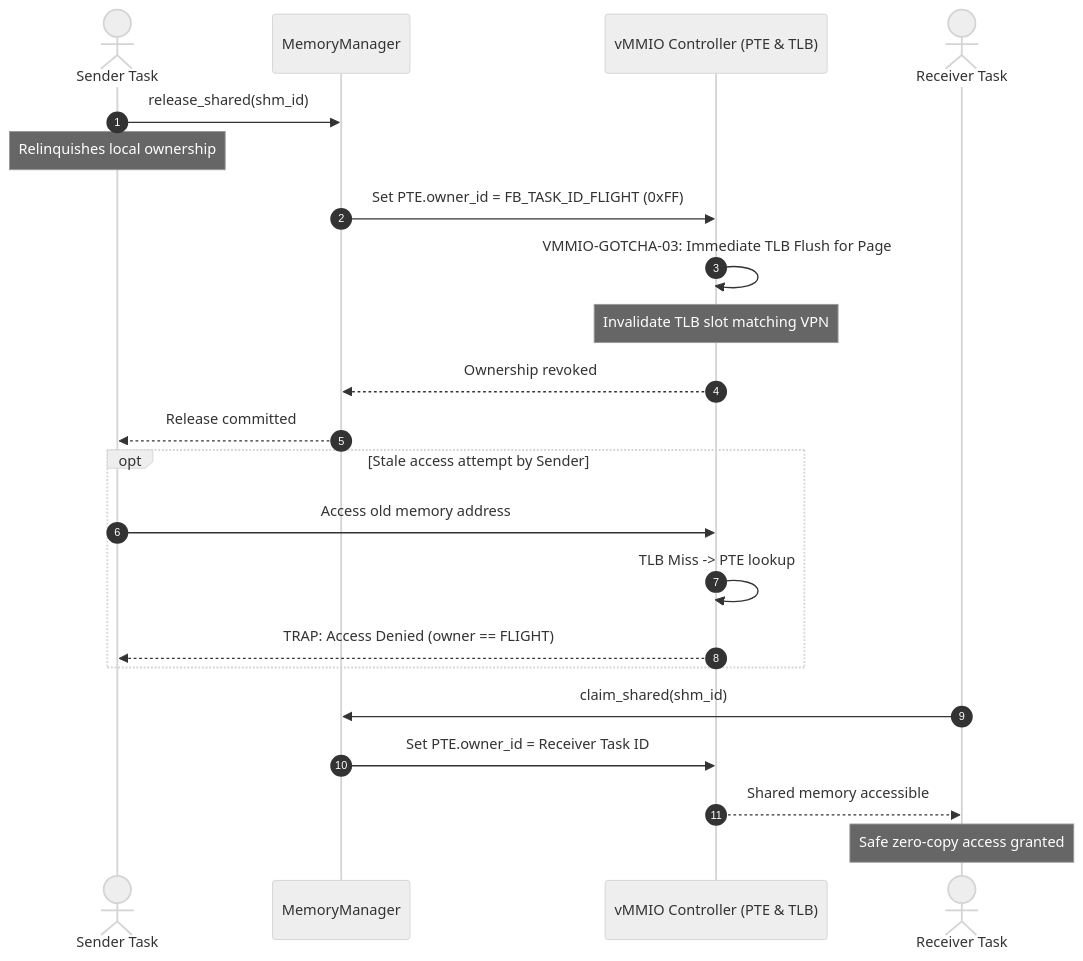
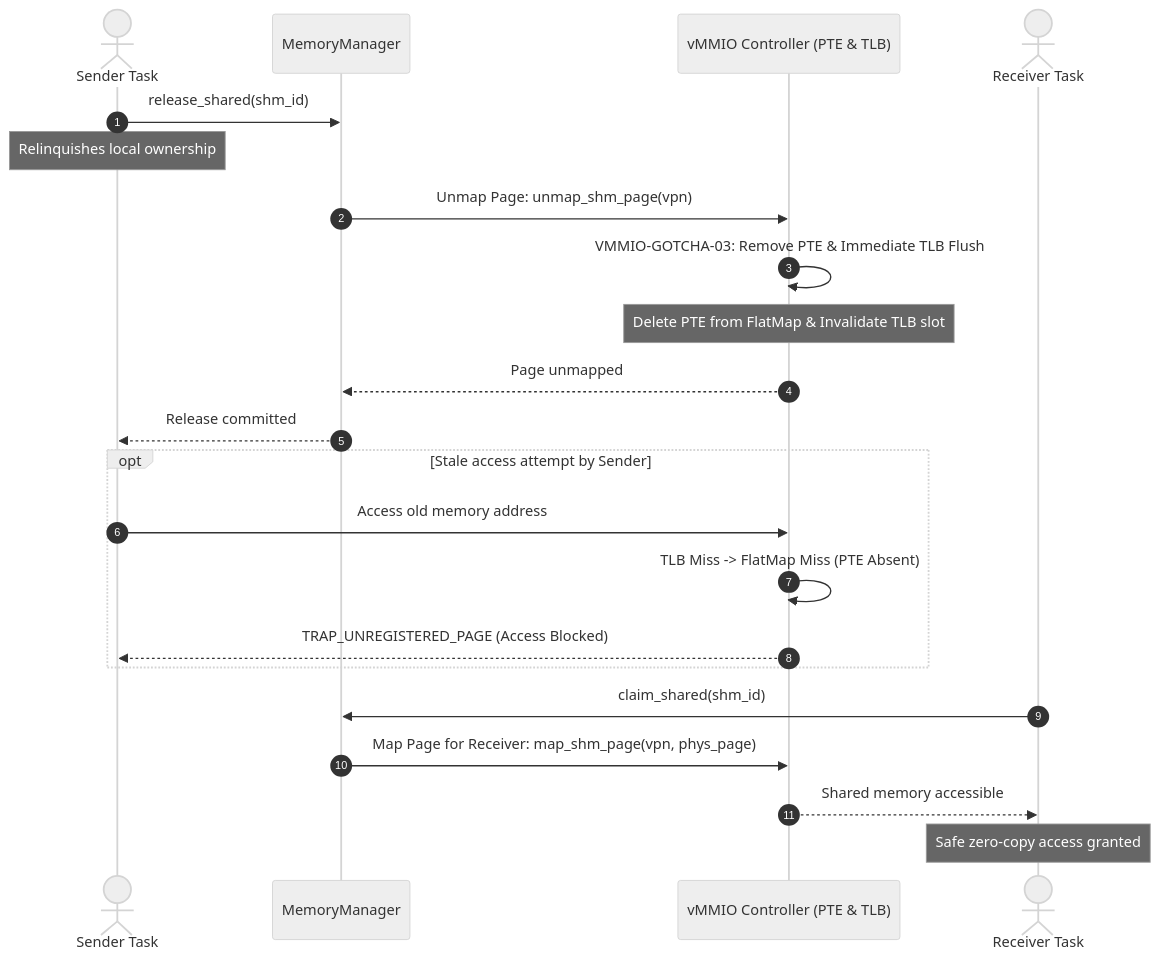
Before and after one commit to kmt-t/fireball: the third of 5 diagrams in docs/components/tier2_runtime/runtime_vmmio.md, drawn with Mermaid (neutral theme). The commit also changed other lines of this file and 7 other files, not shown here.

First line of the commit message:
feat(vmmio): design textbook bitmap allocator for SHM and eliminate owner_id from PTE

````diff
--- a/docs/components/tier2_runtime/runtime_vmmio.md
+++ b/docs/components/tier2_runtime/runtime_vmmio.md
@@ -273,27 +291,27 @@
 ```mermaid
 sequenceDiagram
     autonumber
     actor Sender as Sender Task
     participant Mem as MemoryManager
     participant vMMIO as vMMIO Controller (PTE & TLB)
     actor Receiver as Receiver Task
 
     Sender->>Mem: release_shared(shm_id)
     Note over Sender: Relinquishes local ownership
-    Mem->>vMMIO: Set PTE.owner_id = FB_TASK_ID_FLIGHT (0xFF)
-    vMMIO->>vMMIO: VMMIO-GOTCHA-03: Immediate TLB Flush for Page
-    Note over vMMIO: Invalidate TLB slot matching VPN
-    vMMIO-->>Mem: Ownership revoked
+    Mem->>vMMIO: Unmap Page: unmap_shm_page(vpn)
+    vMMIO->>vMMIO: VMMIO-GOTCHA-03: Remove PTE & Immediate TLB Flush
+    Note over vMMIO: Delete PTE from FlatMap & Invalidate TLB slot
+    vMMIO-->>Mem: Page unmapped
     Mem-->>Sender: Release committed
 
     opt Stale access attempt by Sender
         Sender->>vMMIO: Access old memory address
-        vMMIO->>vMMIO: TLB Miss -> PTE lookup
-        vMMIO-->>Sender: TRAP: Access Denied (owner == FLIGHT)
+        vMMIO->>vMMIO: TLB Miss -> FlatMap Miss (PTE Absent)
+        vMMIO-->>Sender: TRAP_UNREGISTERED_PAGE (Access Blocked)
     end
 
     Receiver->>Mem: claim_shared(shm_id)
-    Mem->>vMMIO: Set PTE.owner_id = Receiver Task ID
+    Mem->>vMMIO: Map Page for Receiver: map_shm_page(vpn, phys_page)
     vMMIO-->>Receiver: Shared memory accessible
     Note over Receiver: Safe zero-copy access granted
 ```
````
